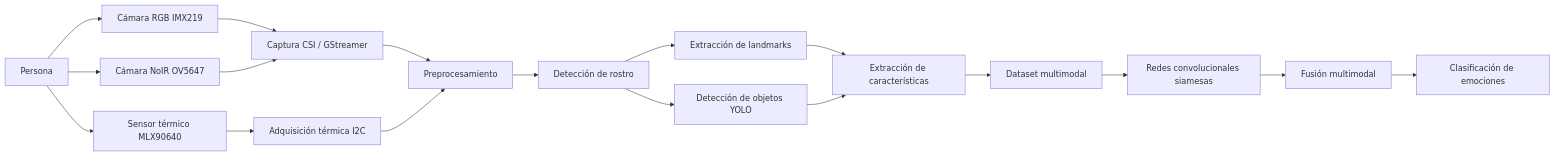
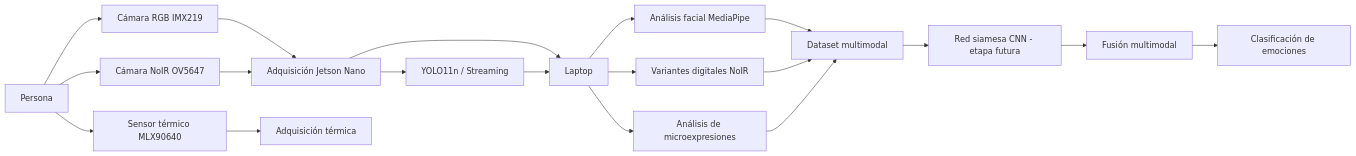
Before and after one commit to LuisCasas23-cell/Clasificaci-n-de-v-deo-RGB-y-termogr-fico-mediante-redes-convolucionales-siamesas: the first of 3 diagrams in README.md, drawn with Mermaid. The commit also changed other lines of this file, not shown here.

````diff
--- a/README.md
+++ b/README.md
@@ -45,25 +50,26 @@
 ```mermaid
 flowchart LR
     A[Persona] --> B[Cámara RGB IMX219]
     A --> C[Cámara NoIR OV5647]
     A --> D[Sensor térmico MLX90640]
 
-    B --> E[Captura CSI / GStreamer]
+    B --> E[Adquisición Jetson Nano]
     C --> E
-    D --> F[Adquisición térmica I2C]
+    D --> F[Adquisición térmica]
 
-    E --> G[Preprocesamiento]
-    F --> G
+    E --> G[YOLO11n / Streaming]
+    E --> H[Laptop]
+    G --> H
 
-    G --> H[Detección de rostro]
-    H --> I[Extracción de landmarks]
-    H --> J[Detección de objetos YOLO]
+    H --> I[Análisis facial MediaPipe]
+    H --> J[Variantes digitales NoIR]
+    H --> K[Análisis de microexpresiones]
 
-    I --> K[Extracción de características]
-    J --> K
+    I --> L[Dataset multimodal]
+    J --> L
+    K --> L
 
-    K --> L[Dataset multimodal]
-    L --> M[Redes convolucionales siamesas]
+    L --> M[Red siamesa CNN - etapa futura]
     M --> N[Fusión multimodal]
     N --> O[Clasificación de emociones]
 ```
````
